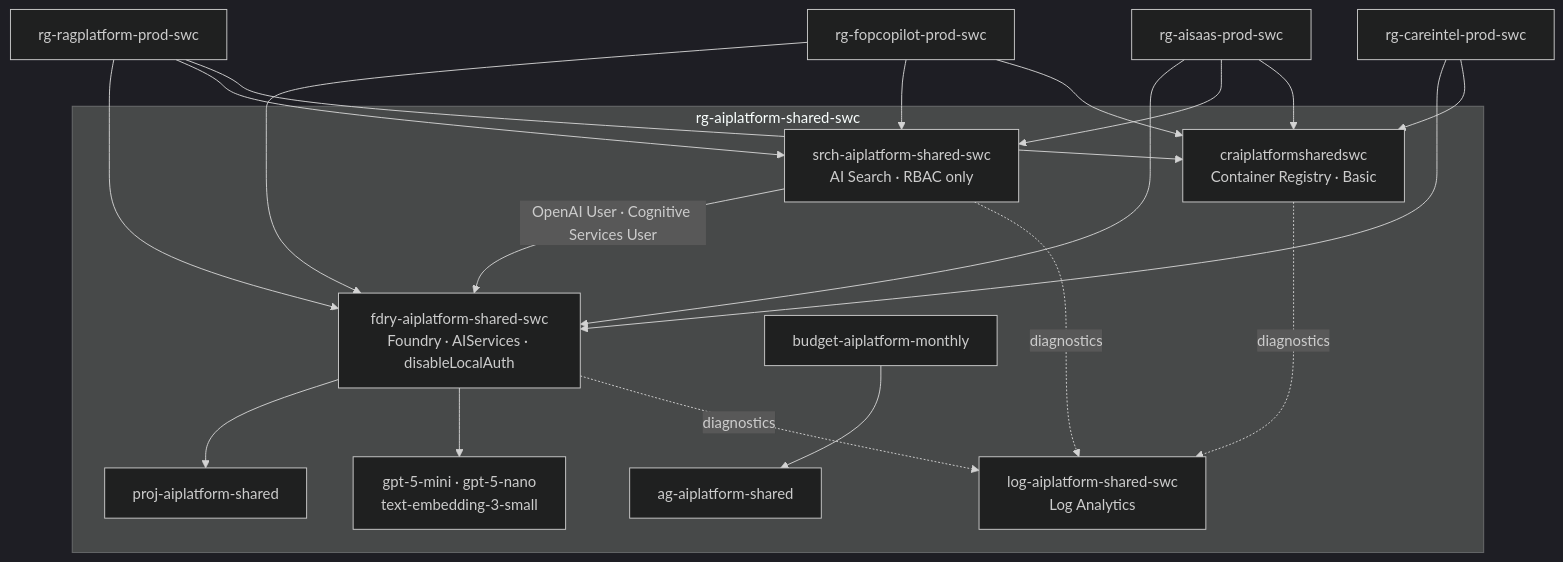
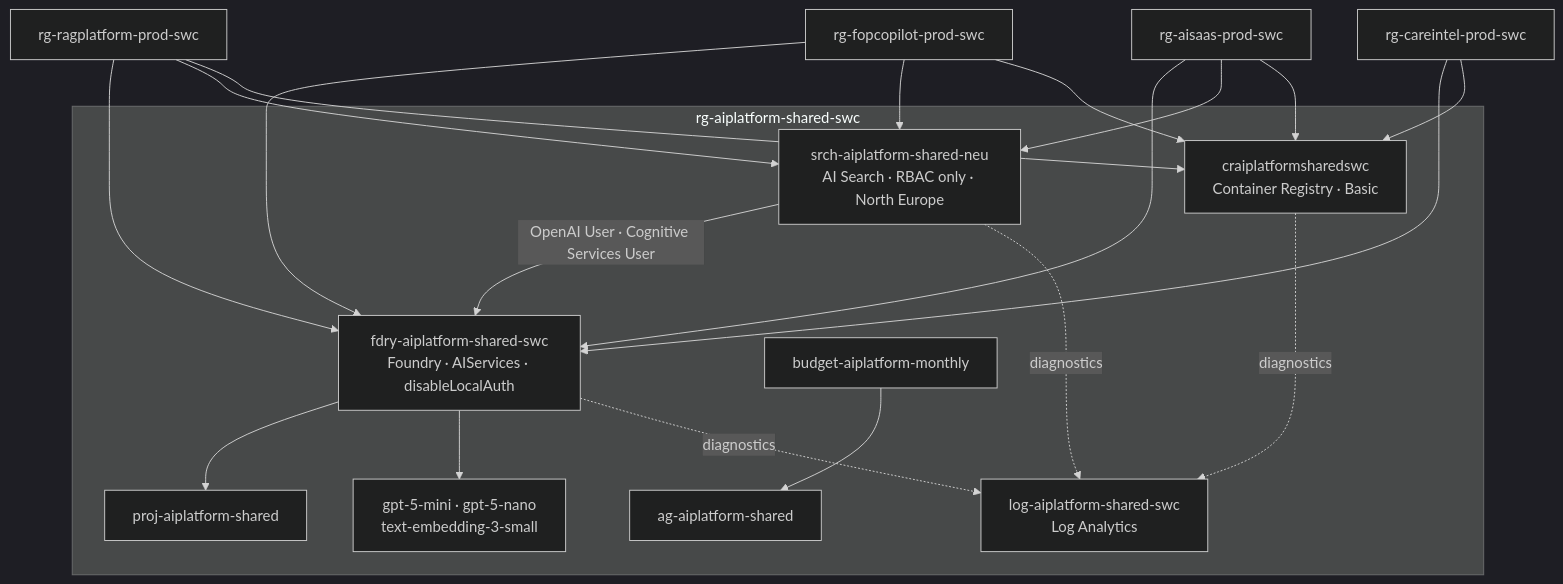
Before and after one commit to Rodrigo-GomezdelMoral/azure-ai-landing-zone: the diagram in README.md, drawn with Mermaid (dark theme). The commit also changed other lines of this file and 2 other files, not shown here.

Commit message:
correct the search region, publish the measured cost and add badges

````diff
--- a/README.md
+++ b/README.md
@@ -9,24 +12,24 @@
 ```mermaid
 graph TB
     subgraph shared["rg-aiplatform-shared-swc"]
         LOG["log-aiplatform-shared-swc<br/>Log Analytics"]
         FDRY["fdry-aiplatform-shared-swc<br/>Foundry · AIServices · disableLocalAuth"]
         PROJ["proj-aiplatform-shared"]
         DEP["gpt-5-mini · gpt-5-nano<br/>text-embedding-3-small"]
-        SRCH["srch-aiplatform-shared-swc<br/>AI Search · RBAC only"]
+        SRCH["srch-aiplatform-shared-neu<br/>AI Search · RBAC only · North Europe"]
         ACR["craiplatformsharedswc<br/>Container Registry · Basic"]
         AG["ag-aiplatform-shared"]
         BUD["budget-aiplatform-monthly"]
         FDRY --> PROJ
         FDRY --> DEP
         SRCH -->|"OpenAI User · Cognitive Services User"| FDRY
         FDRY -.diagnostics.-> LOG
         SRCH -.diagnostics.-> LOG
         ACR -.diagnostics.-> LOG
         BUD --> AG
     end
     RAG["rg-ragplatform-prod-swc"] --> FDRY & SRCH & ACR
     FOP["rg-fopcopilot-prod-swc"] --> FDRY & SRCH & ACR
     CARE["rg-careintel-prod-swc"] --> FDRY & ACR
     SAAS["rg-aisaas-prod-swc"] --> FDRY & SRCH & ACR
 ```
````
